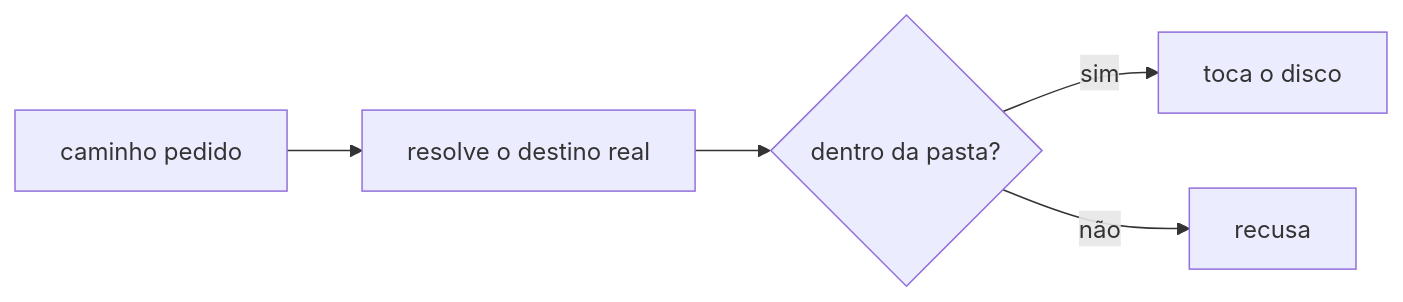
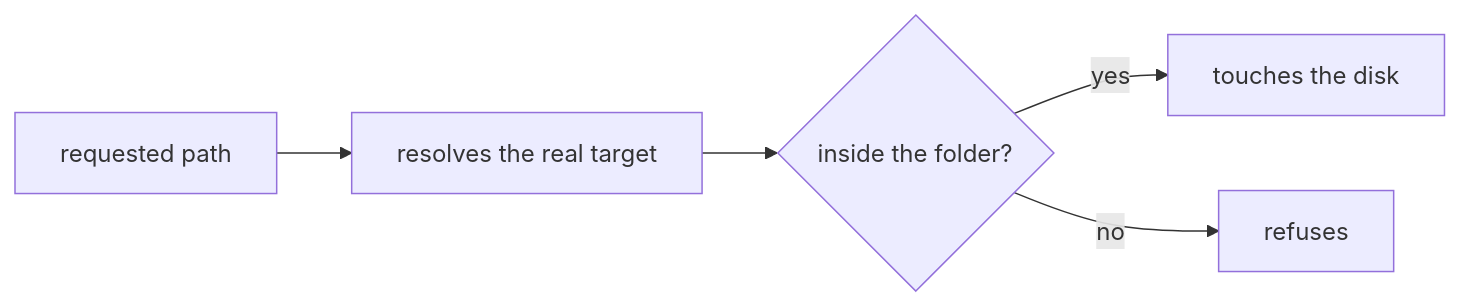
The diagram in docs/tasks/en/E3-the-agent-and-its-tools/FAB-302-confinement-no-agent-writes-outside-the-project.md (enzoconsulo/factory-tcc), drawn with Mermaid before and after one commit. The commit also changed 52 other files, not shown here.

````diff
--- a/docs/tasks/en/E3-the-agent-and-its-tools/FAB-302-confinement-no-agent-writes-outside-the-project.md
+++ b/docs/tasks/en/E3-the-agent-and-its-tools/FAB-302-confinement-no-agent-writes-outside-the-project.md
@@ -11,7 +11,7 @@
 ```mermaid
 flowchart LR
-  P["caminho pedido"] --> R["resolve o destino real"]
-  R --> D{"dentro da pasta?"}
-  D -- "sim" --> OK["toca o disco"]
-  D -- "não" --> X["recusa"]
+  P["requested path"] --> R["resolves the real target"]
+  R --> D{"inside the folder?"}
+  D -- "yes" --> OK["touches the disk"]
+  D -- "no" --> X["refuses"]
 ```
````
